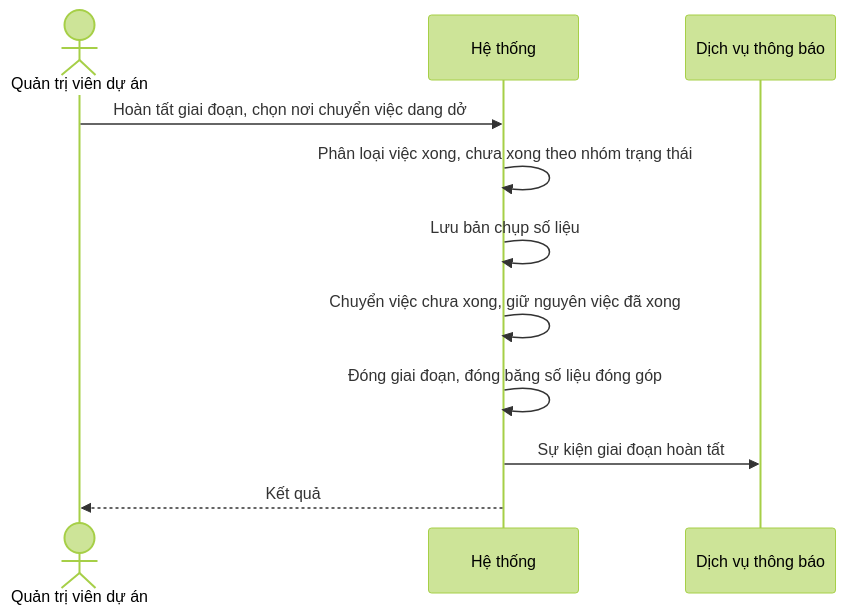
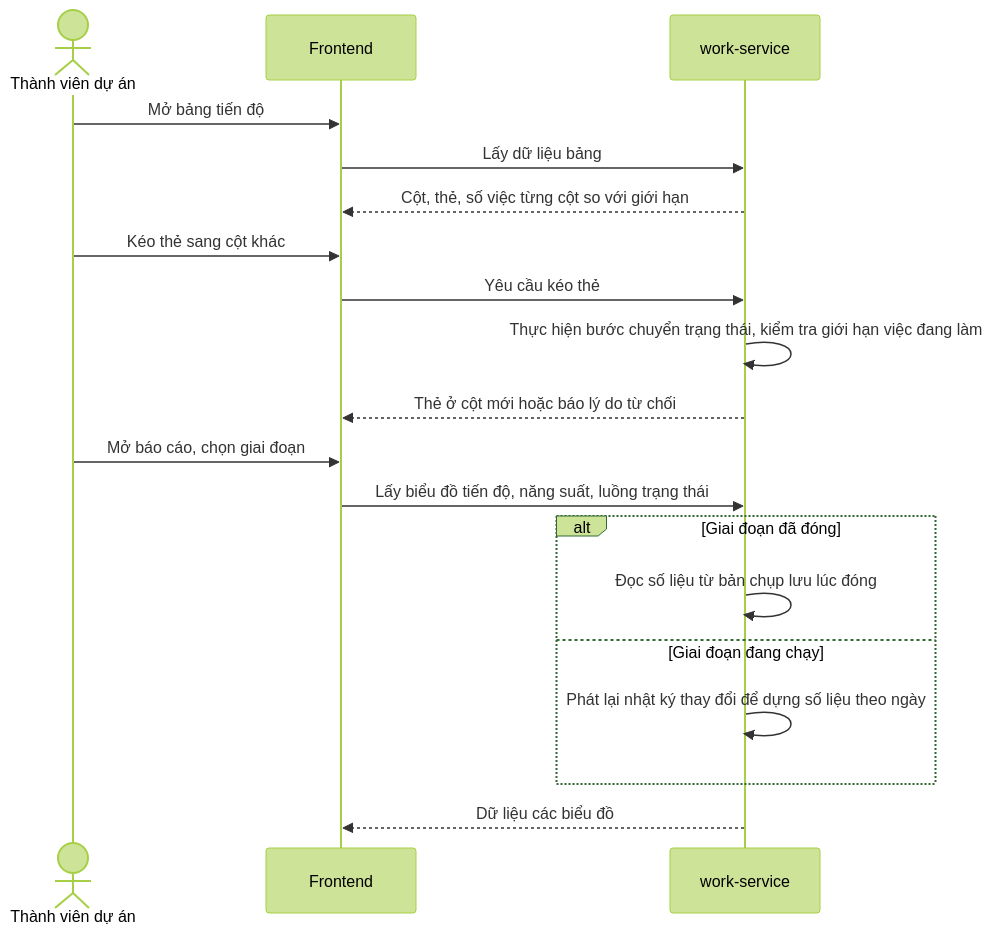
One commit to Hecker-Chuoi/DATN-2026 changed the eighth of 17 diagrams in docs/report/main/04_CHUONG_3_DAC_TA_PHAN_TICH_THIET_KE.md. Above: the diagram before and after it, drawn with Mermaid (forest theme). The commit also changed other lines of this file and 4 other files, not shown here.

````diff
--- a/docs/report/main/04_CHUONG_3_DAC_TA_PHAN_TICH_THIET_KE.md
+++ b/docs/report/main/04_CHUONG_3_DAC_TA_PHAN_TICH_THIET_KE.md
@@ -269,13 +458,21 @@
 ```mermaid
 sequenceDiagram
-    actor QT as Quản trị viên dự án
-    participant HT as Hệ thống
-    participant TB as Dịch vụ thông báo
-    QT->>HT: Hoàn tất giai đoạn, chọn nơi chuyển việc dang dở
-    HT->>HT: Phân loại việc xong, chưa xong theo nhóm trạng thái
-    HT->>HT: Lưu bản chụp số liệu
-    HT->>HT: Chuyển việc chưa xong, giữ nguyên việc đã xong
-    HT->>HT: Đóng giai đoạn, đóng băng số liệu đóng góp
-    HT->>TB: Sự kiện giai đoạn hoàn tất
-    HT-->>QT: Kết quả
+    actor TV as Thành viên dự án
+    participant GD as Frontend
+    participant CV as work-service
+    TV->>GD: Mở bảng tiến độ
+    GD->>CV: Lấy dữ liệu bảng
+    CV-->>GD: Cột, thẻ, số việc từng cột so với giới hạn
+    TV->>GD: Kéo thẻ sang cột khác
+    GD->>CV: Yêu cầu kéo thẻ
+    CV->>CV: Thực hiện bước chuyển trạng thái, kiểm tra giới hạn việc đang làm
+    CV-->>GD: Thẻ ở cột mới hoặc báo lý do từ chối
+    TV->>GD: Mở báo cáo, chọn giai đoạn
+    GD->>CV: Lấy biểu đồ tiến độ, năng suất, luồng trạng thái
+    alt Giai đoạn đã đóng
+        CV->>CV: Đọc số liệu từ bản chụp lưu lúc đóng
+    else Giai đoạn đang chạy
+        CV->>CV: Phát lại nhật ký thay đổi để dựng số liệu theo ngày
+    end
+    CV-->>GD: Dữ liệu các biểu đồ
 ```
````
